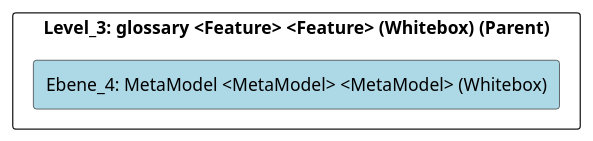
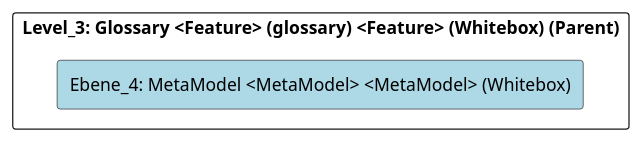
Before and after one commit to marcozwyssig/cleon: the diagram in doc/cleonproject_deliverables_architecture_model_architecture/adoc/de/05_bausteinsicht/cleon/common/glossary/metamodel/ebene_4_metamodel.adoc, drawn with PlantUML. The commit also changed other lines of this file and 166 other files, not shown here.

```diff
--- a/doc/cleonproject_deliverables_architecture_model_architecture/adoc/de/05_bausteinsicht/cleon/common/glossary/metamodel/ebene_4_metamodel.adoc
+++ b/doc/cleonproject_deliverables_architecture_model_architecture/adoc/de/05_bausteinsicht/cleon/common/glossary/metamodel/ebene_4_metamodel.adoc
@@ -20,24 +20,24 @@
 [plantuml, Ebene_4: MetaModel <MetaModel> <MetaModel> (Whitebox)BlockOverview, format="svg"]
 ----
 @startuml Ebene_4: MetaModel <MetaModel> <MetaModel> (Whitebox)BuildingBlockOverview
 
 skinparam ranksep 10
 skinparam componentStyle rectangle
 skinparam shadowing false
 skinparam arrowColor lightblue
 skinparam arrowThickness 1.2
 skinparam rectangle {
   BackgroundColor White
   BorderColor #333
   RoundCorner 10
 }
 top to bottom direction
 
-component "Level_3: glossary <Feature> <Feature> (Whitebox) (Parent)" {
+component "Level_3: Glossary <Feature> (glossary) <Feature> (Whitebox) (Parent)" {
     component "Ebene_4: MetaModel <MetaModel> <MetaModel> (Whitebox)" #lightblue {
     }
 
 }
 
 @enduml
 ----
```
